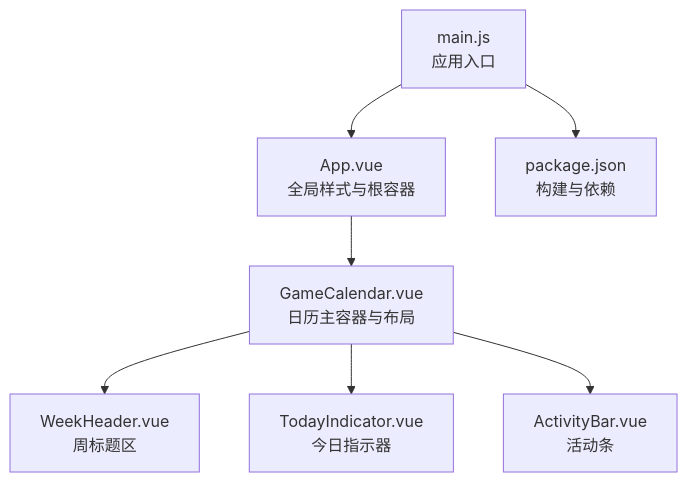
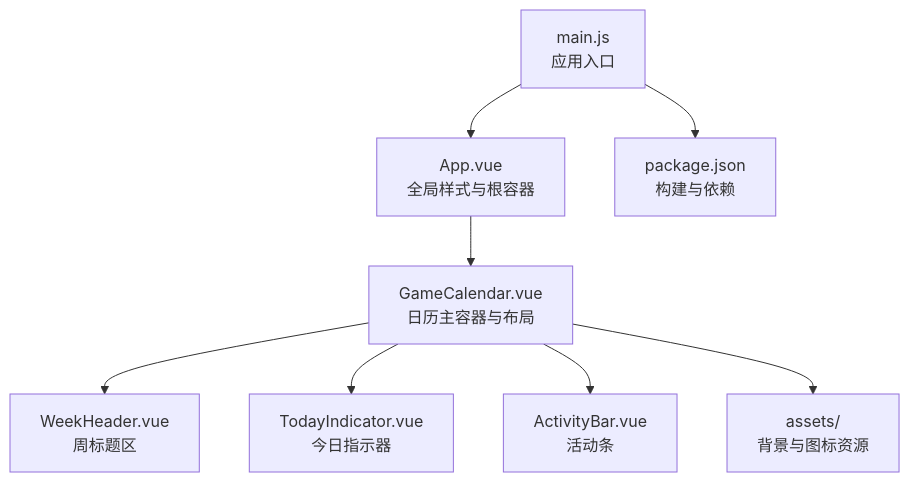
One commit to xuanyulingnfeg/gameCalendar changed the first of 5 diagrams in .qoder/repowiki/zh/content/样式系统.md. Above: the diagram before and after it, drawn with Mermaid. The commit also changed other lines of this file and 7 other files, not shown here.

````diff
--- a/.qoder/repowiki/zh/content/样式系统.md
+++ b/.qoder/repowiki/zh/content/样式系统.md
@@ -36,9 +48,10 @@
 ```mermaid
 graph TB
 A["main.js<br/>应用入口"] --> B["App.vue<br/>全局样式与根容器"]
 B --> C["GameCalendar.vue<br/>日历主容器与布局"]
 C --> D["WeekHeader.vue<br/>周标题区"]
 C --> E["TodayIndicator.vue<br/>今日指示器"]
 C --> F["ActivityBar.vue<br/>活动条"]
 A --> G["package.json<br/>构建与依赖"]
+C --> H["assets/<br/>背景与图标资源"]
 ```
````
